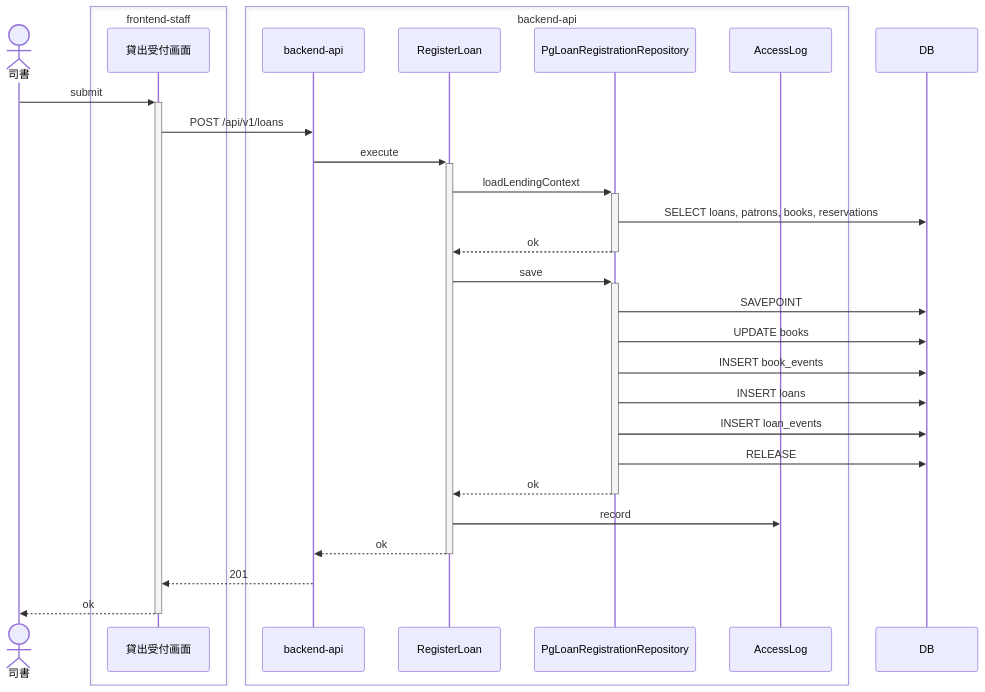
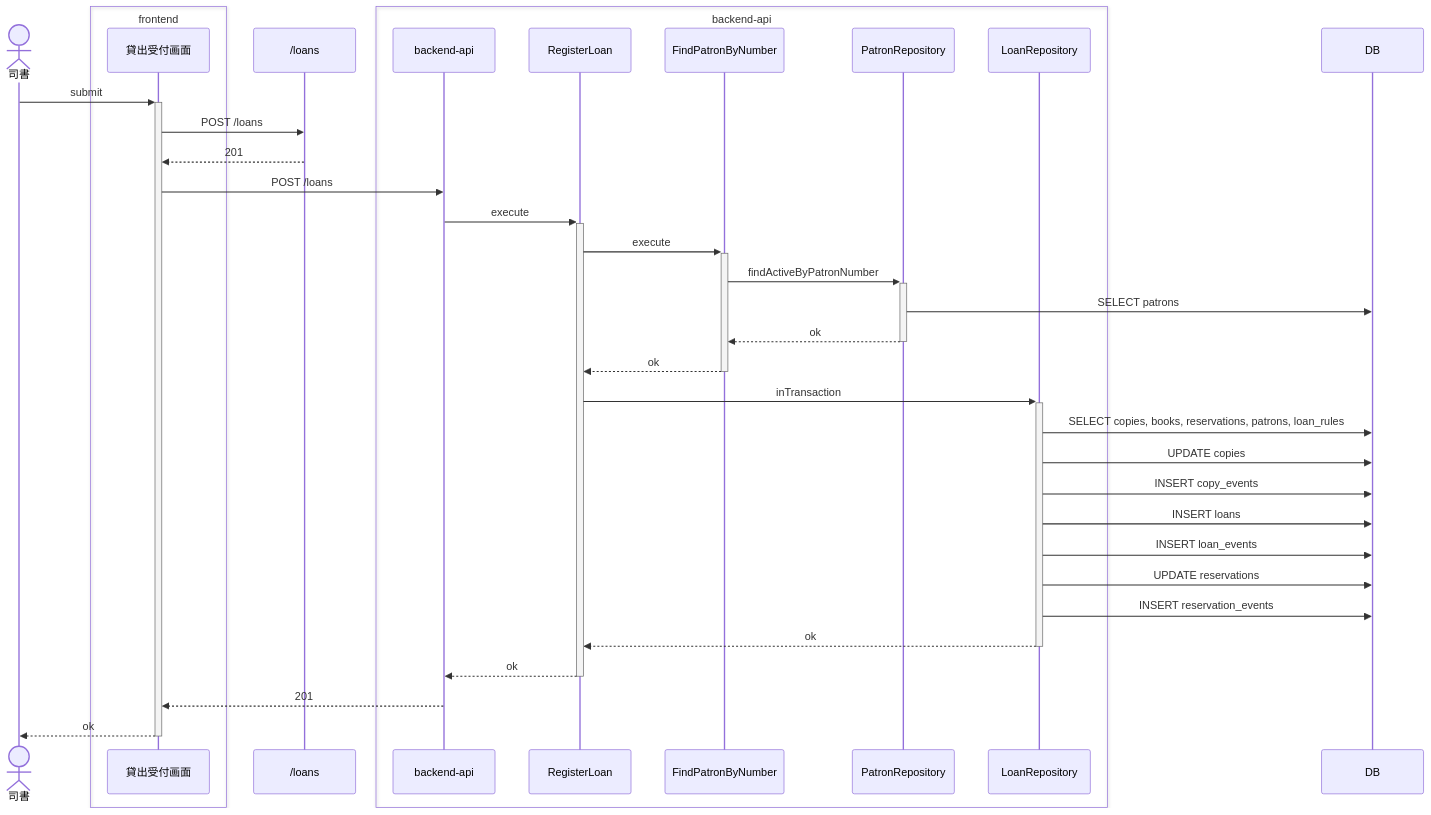
The fourth of 6 diagrams in samples/distillery2/library-loan/docs/as-built/貸出業務/貸出を登録する/sequence.md (suwa-sh/suwa-sh-claude-plugins), drawn with Mermaid before and after one commit. The commit also changed other lines of this file and 249 other files, not shown here.

````diff
--- a/samples/distillery2/library-loan/docs/as-built/貸出業務/貸出を登録する/sequence.md
+++ b/samples/distillery2/library-loan/docs/as-built/貸出業務/貸出を登録する/sequence.md
@@ -150,32 +122,38 @@
 ```mermaid
 sequenceDiagram
     actor p0 as 司書
-    box transparent frontend-staff
+    box transparent frontend
         participant p1 as 貸出受付画面
     end
+    participant p2 as /loans
     box transparent backend-api
-        participant p2 as backend-api
-        participant p3 as RegisterLoan
-        participant p4 as PgLoanRegistrationRepository
-        participant p6 as AccessLog
+        participant p3 as backend-api
+        participant p4 as RegisterLoan
+        participant p5 as FindPatronByNumber
+        participant p6 as PatronRepository
+        participant p8 as LoanRepository
     end
-    participant p5 as DB
+    participant p7 as DB
     p0->>+p1: submit
-    p1->>p2: POST /api/v1/loans
-    p2->>+p3: execute
-    p3->>+p4: loadLendingContext
-    p4->>p5: SELECT loans, patrons, books, reservations
+    p1->>p2: POST /loans
+    p2-->>p1: 201
+    p1->>p3: POST /loans
+    p3->>+p4: execute
+    p4->>+p5: execute
+    p5->>+p6: findActiveByPatronNumber
+    p6->>p7: SELECT patrons
+    p6-->>-p5: ok
+    p5-->>-p4: ok
+    p4->>+p8: inTransaction
+    p8->>p7: SELECT copies, books, reservations, patrons, loan_rules
+    p8->>p7: UPDATE copies
+    p8->>p7: INSERT copy_events
+    p8->>p7: INSERT loans
+    p8->>p7: INSERT loan_events
+    p8->>p7: UPDATE reservations
+    p8->>p7: INSERT reservation_events
+    p8-->>-p4: ok
     p4-->>-p3: ok
-    p3->>+p4: save
-    p4->>p5: SAVEPOINT
-    p4->>p5: UPDATE books
-    p4->>p5: INSERT book_events
-    p4->>p5: INSERT loans
-    p4->>p5: INSERT loan_events
-    p4->>p5: RELEASE
-    p4-->>-p3: ok
-    p3->>p6: record
-    p3-->>-p2: ok
-    p2-->>p1: 201
+    p3-->>p1: 201
     p1-->>-p0: ok
 ```
````
